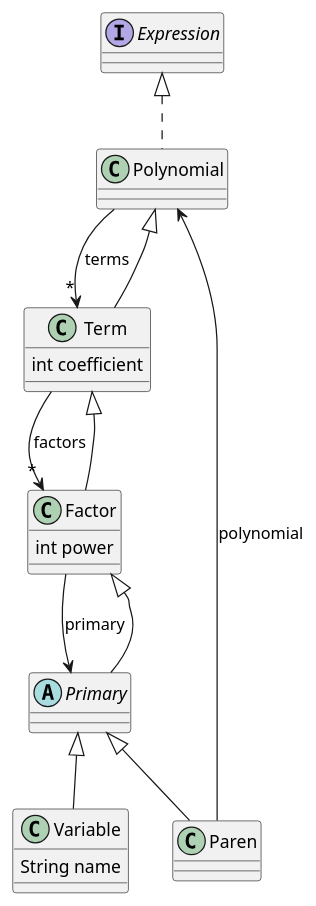
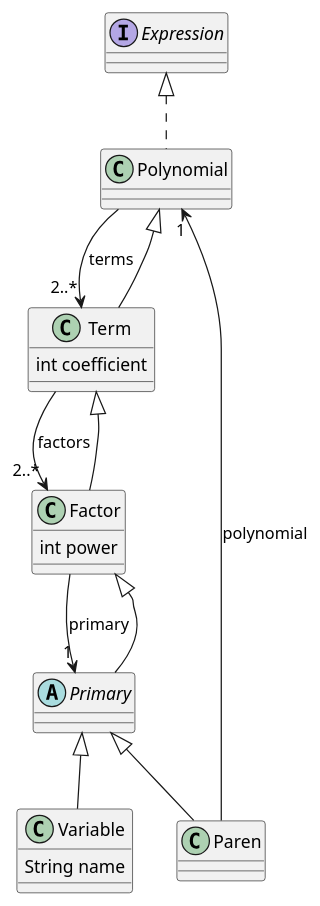
The diagram in doc/classes3.plantuml (saka1029/form), drawn with PlantUML before and after one commit.

```diff
--- a/doc/classes3.plantuml
+++ b/doc/classes3.plantuml
@@ -1,25 +1,25 @@
 @startuml form
 interface Expression
 class Polynomial
 Polynomial .up.|> Expression
-Polynomial --> "*" Term : terms
+Polynomial --> "2..*" Term : terms
 class Term {
     int coefficient
 }
 Term -up-|> Polynomial
-Term --> "*" Factor : factors
+Term --> "2..*" Factor : factors
 class Factor {
     int power
 }
 Factor -up-|> Term
-Factor --> Primary : primary
+Factor --> "1" Primary : primary
 abstract class Primary
 Primary -up-|> Factor
 class Variable {
     String name
 }
 Variable -up-|> Primary
 class Paren
 Paren -up-|> Primary
-Paren -up-> Polynomial : polynomial
+Paren -up-> "1" Polynomial : polynomial
 @enduml
```
